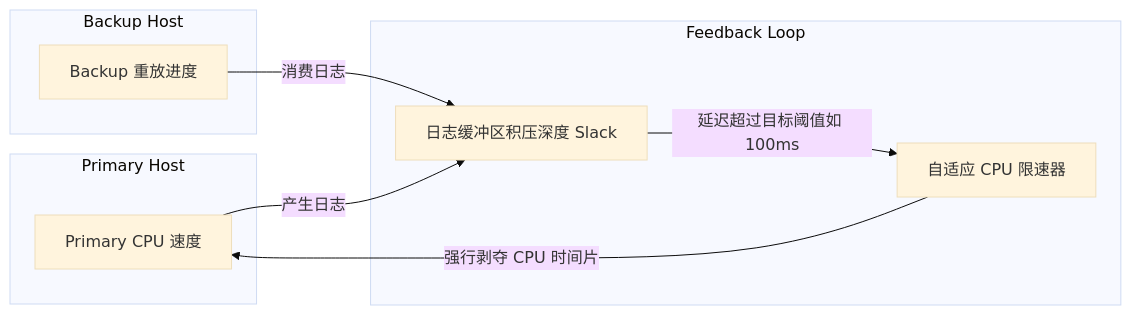
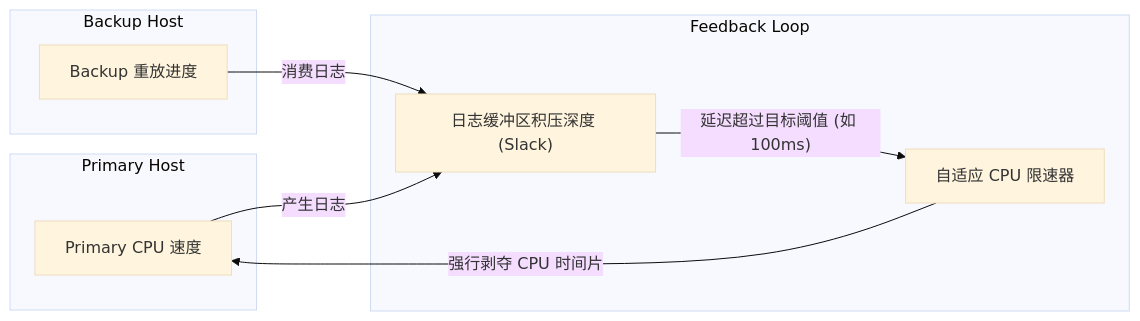
Before and after one commit to donkey-roll/distributed-system: the sixth of 6 diagrams in docs/03_vm_ft_replication.md, drawn with Mermaid (base theme). The commit also changed other lines of this file and 10 other files, not shown here.

Commit message:
Fix Mermaid diagram syntax and markdown rendering across LEC 03 and all docs

````diff
--- a/docs/03_vm_ft_replication.md
+++ b/docs/03_vm_ft_replication.md
@@ -249,18 +253,18 @@
 ```mermaid
-graph LR
-    subgraph Primary Host
-        P_CPU[Primary CPU 速度]
+flowchart LR
+    subgraph PrimaryHost["Primary Host"]
+        P_CPU["Primary CPU 速度"]
     end
-    subgraph Feedback Loop
-        BufSize[日志缓冲区积压深度 Slack]
-        Throttling[自适应 CPU 限速器]
+    subgraph FeedbackLoop["Feedback Loop"]
+        BufSize["日志缓冲区积压深度 (Slack)"]
+        Throttling["自适应 CPU 限速器"]
     end
-    subgraph Backup Host
-        B_Replay[Backup 重放进度]
+    subgraph BackupHost["Backup Host"]
+        B_Replay["Backup 重放进度"]
     end
 
-    P_CPU -->|产生日志| BufSize
-    B_Replay -->|消费日志| BufSize
-    BufSize -->|延迟超过目标阈值如 100ms| Throttling
-    Throttling -->|强行剥夺 CPU 时间片| P_CPU
+    P_CPU -->|"产生日志"| BufSize
+    B_Replay -->|"消费日志"| BufSize
+    BufSize -->|"延迟超过目标阈值 (如 100ms)"| Throttling
+    Throttling -->|"强行剥夺 CPU 时间片"| P_CPU
 ```
````
